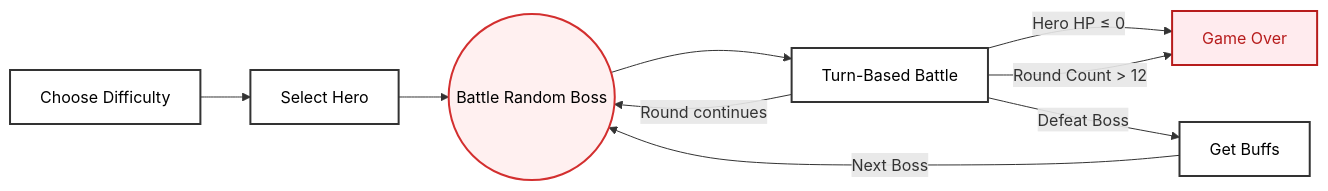
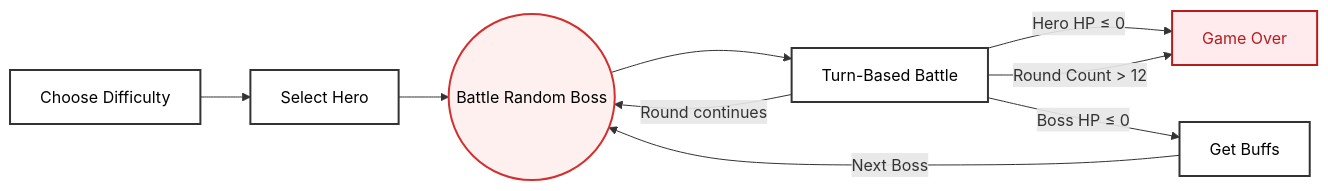
Before and after one commit to IcyCrucifix/COMP2113_Group66: the first of 2 diagrams in README.md, drawn with Mermaid.

Commit message:
Update condition for defeating the boss in README

````diff
--- a/README.md
+++ b/README.md
@@ -47,21 +47,21 @@
 ```mermaid
 %%{init: {'theme': 'default'}}%%
 graph LR
     A[Choose Difficulty] --> B[Select Hero]
     B --> C((Battle Random Boss))
     C --> D[Turn-Based Battle]
     
     D -->|Round continues| C
     D -->|Hero HP ≤ 0| E[Game Over]
     D -->|Round Count > 12| E
-    D -->|Defeat Boss| F[Get Buffs]
+    D -->|Boss HP ≤ 0| F[Get Buffs]
     
     F -->|Next Boss| C
     
     classDef default fill:#ffffff,stroke:#333333,color:#000000,stroke-width:2px;
     classDef boss fill:#fff0f0,stroke:#d32f2f,color:#000000,stroke-width:2px;
     classDef death fill:#ffebee,stroke:#b71c1c,color:#b71c1c,stroke-width:2px;
     
     class C boss;
     class E death;
 ```
````
